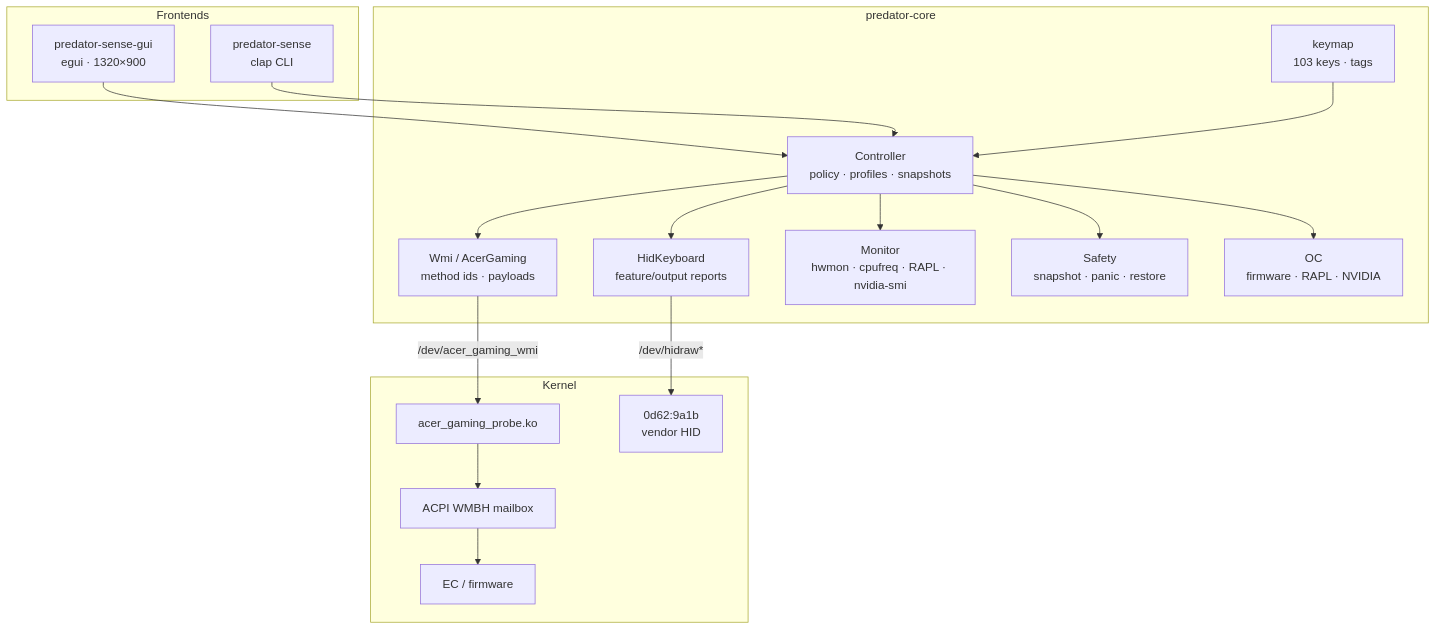
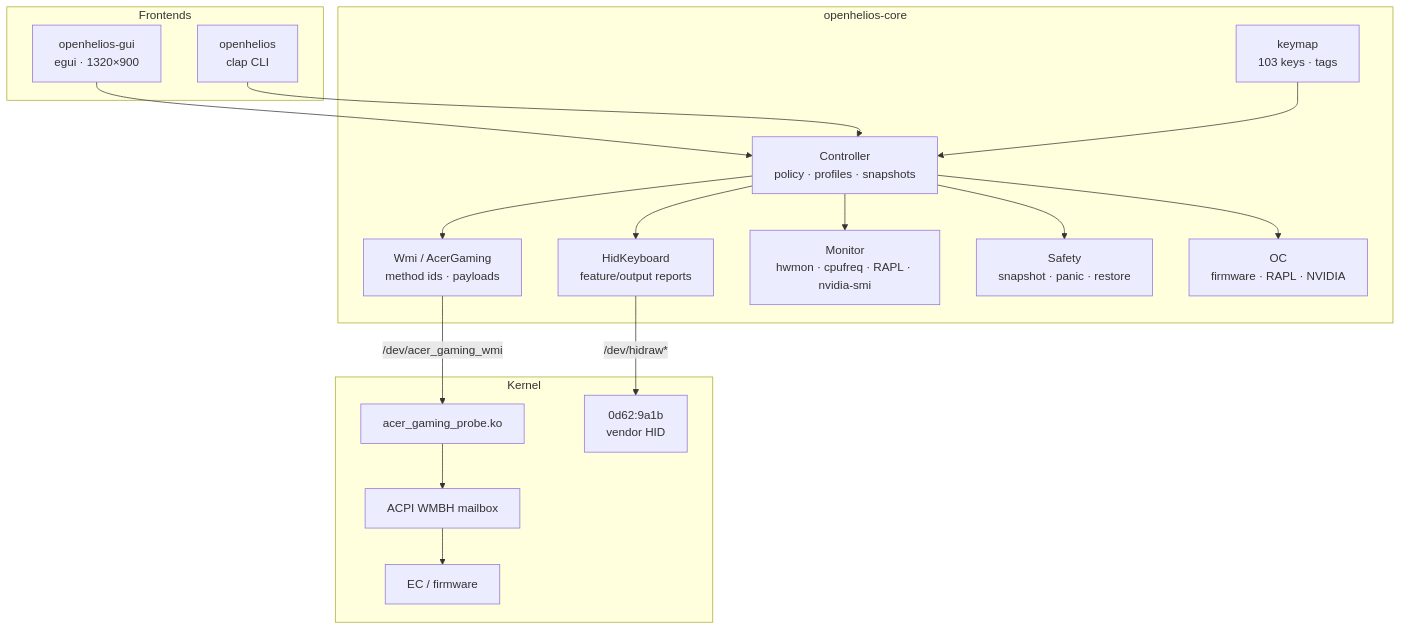
One commit to AxDSan/openhelios changed the diagram in docs/ARCHITECTURE.md. Above: the diagram before and after it, drawn with Mermaid. The commit also changed other lines of this file and 56 other files, not shown here.

````diff
--- a/docs/ARCHITECTURE.md
+++ b/docs/ARCHITECTURE.md
@@ -15,36 +15,36 @@
 ```mermaid
 flowchart TB
     subgraph Frontends
-        GUI["predator-sense-gui<br/>egui · 1320×900"]
-        CLI["predator-sense<br/>clap CLI"]
+        GUI["openhelios-gui<br/>egui · 1320×900"]
+        CLI["openhelios<br/>clap CLI"]
     end
 
-    subgraph Core["predator-core"]
+    subgraph Core["openhelios-core"]
         CTRL["Controller<br/>policy · profiles · snapshots"]
         WMI["Wmi / AcerGaming<br/>method ids · payloads"]
         HID["HidKeyboard<br/>feature/output reports"]
         KEY["keymap<br/>103 keys · tags"]
         MON["Monitor<br/>hwmon · cpufreq · RAPL · nvidia-smi"]
         SAFE["Safety<br/>snapshot · panic · restore"]
         OC["OC<br/>firmware · RAPL · NVIDIA"]
     end
 
     subgraph Kernel
         MOD["acer_gaming_probe.ko"]
         WMBH["ACPI WMBH mailbox"]
         EC["EC / firmware"]
         KBD["0d62:9a1b<br/>vendor HID"]
     end
 
     GUI --> CTRL
     CLI --> CTRL
     CTRL --> WMI
     CTRL --> HID
     CTRL --> MON
     CTRL --> SAFE
     CTRL --> OC
     WMI -->|"/dev/acer_gaming_wmi"| MOD
     MOD --> WMBH --> EC
     HID -->|"/dev/hidraw*"| KBD
     KEY --> CTRL
 ```
````
